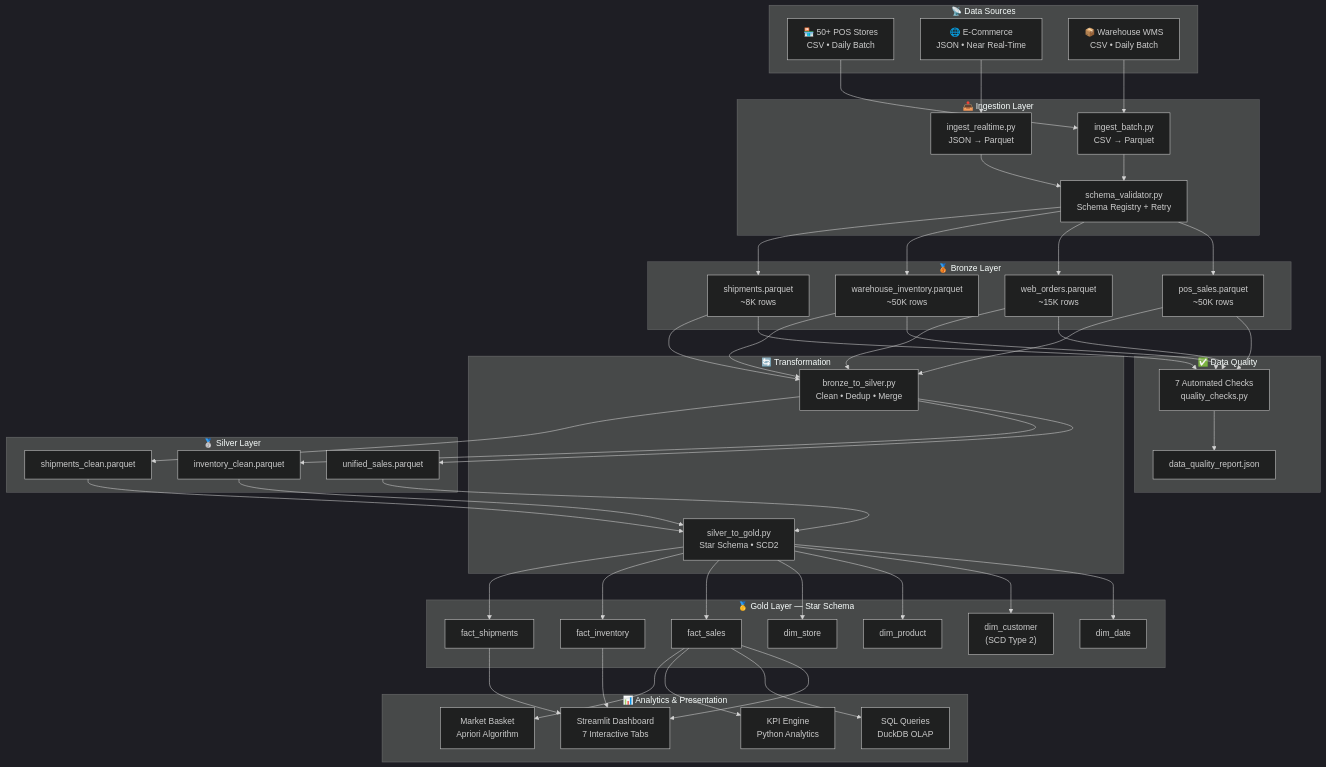
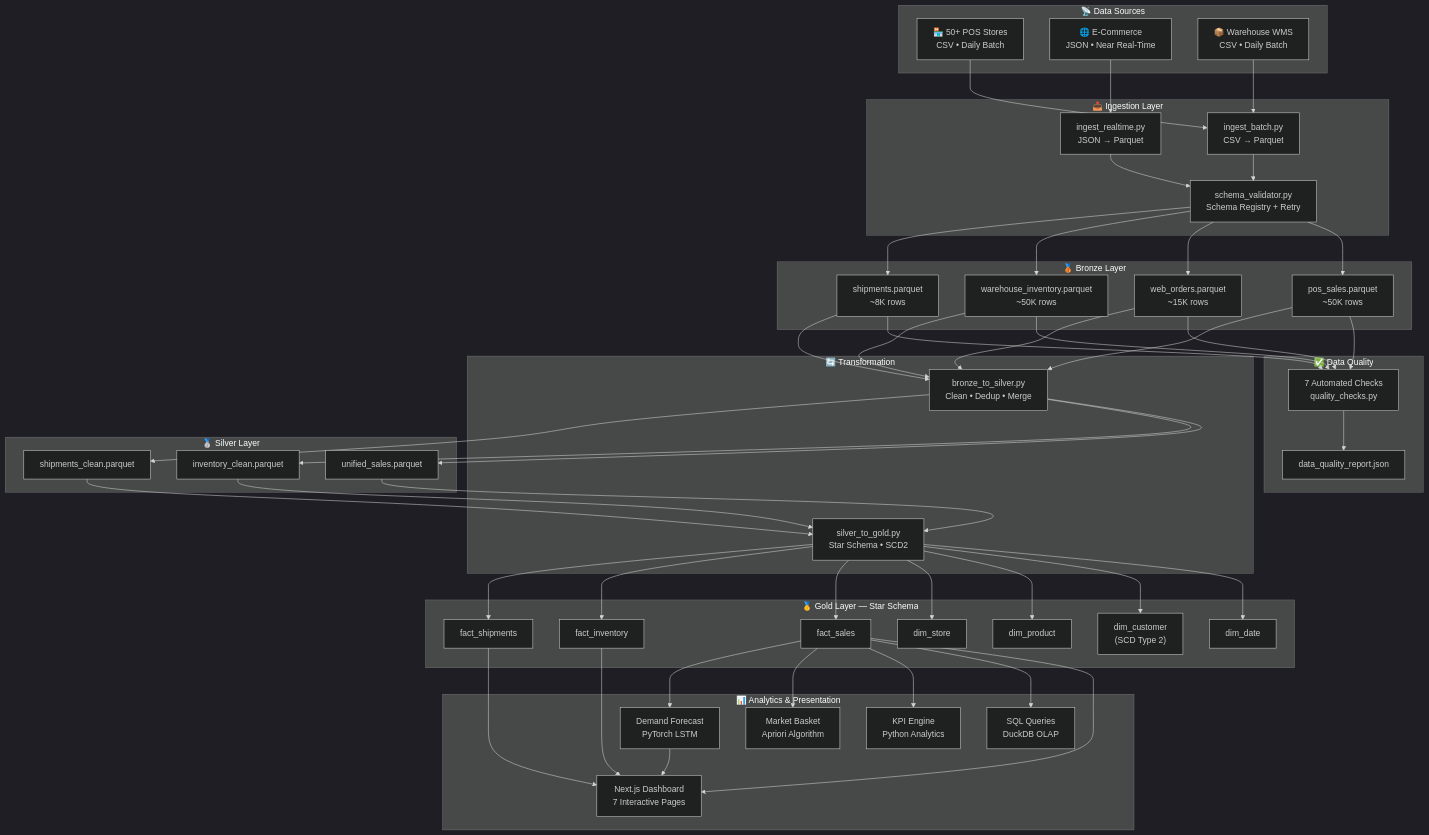
One commit to ayushmaninbox/retail-data-hub changed the first of 2 diagrams in docs/architecture.md. Above: the diagram before and after it, drawn with Mermaid (dark theme). The commit also changed other lines of this file and 4 other files, not shown here.

````diff
--- a/docs/architecture.md
+++ b/docs/architecture.md
@@ -144,10 +144,11 @@
     end
 
     subgraph Analytics["📊 Analytics & Presentation"]
-        DASH["Streamlit Dashboard<br/>7 Interactive Tabs"]
+        DASH["Next.js Dashboard<br/>7 Interactive Pages"]
         SQL["SQL Queries<br/>DuckDB OLAP"]
         KPI["KPI Engine<br/>Python Analytics"]
-        ML["Market Basket<br/>Apriori Algorithm"]
+        ML_MB["Market Basket<br/>Apriori Algorithm"]
+        ML_LSTM["Demand Forecast<br/>PyTorch LSTM"]
     end
 
     POS --> IB
@@ -188,7 +189,9 @@
     F_SALES --> DASH
     F_SALES --> SQL
     F_SALES --> KPI
-    F_SALES --> ML
+    F_SALES --> ML_MB
+    F_SALES --> ML_LSTM
+    ML_LSTM --> DASH
     F_INV --> DASH
     F_SHP --> DASH
 ```
````
